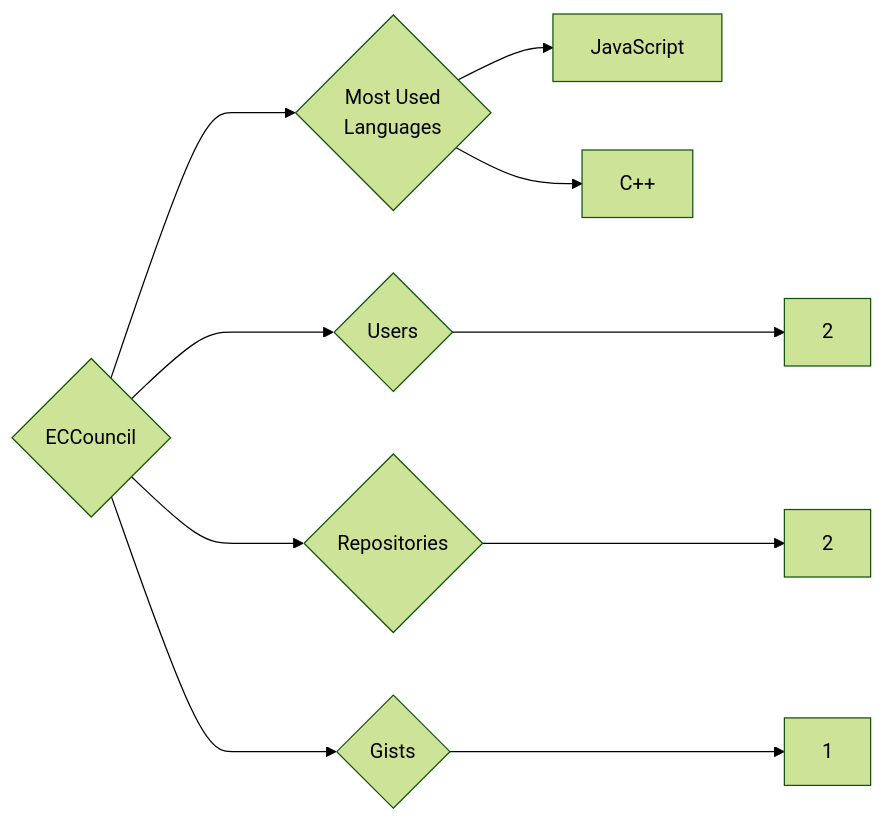
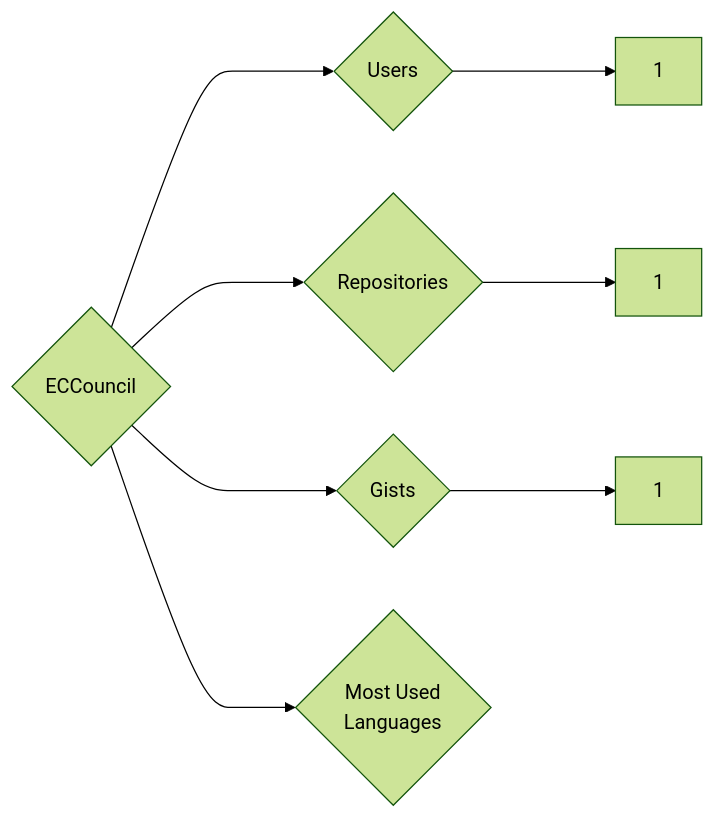
Before and after one commit to trickest/insiders: the diagram in targets/ECCouncil/README.md, drawn with Mermaid (forest theme). The commit also changed 618 other files, not shown here.

````diff
--- a/targets/ECCouncil/README.md
+++ b/targets/ECCouncil/README.md
@@ -3,10 +3,8 @@
 ```mermaid
 graph LR
 COMPANY_NAME{ECCouncil}
-COMPANY_NAME ---> U{Users} ---> UN[2]
-COMPANY_NAME ---> R{Repositories} ---> RN[2]
+COMPANY_NAME ---> U{Users} ---> UN[1]
+COMPANY_NAME ---> R{Repositories} ---> RN[1]
 COMPANY_NAME ---> G{Gists} ---> GN[1]
 COMPANY_NAME ---> ML{Most Used<br>Languages}
-ML --> JavaScript[JavaScript]
-ML --> C++[C++]
 ```
````
